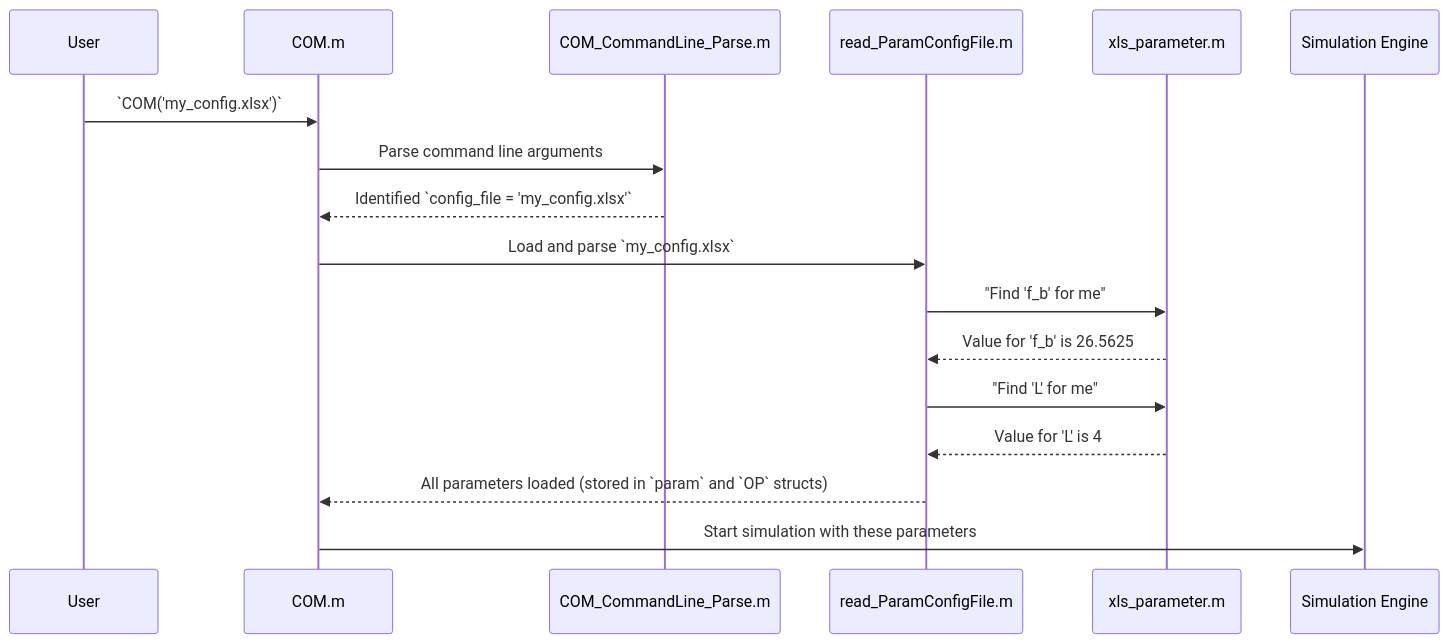
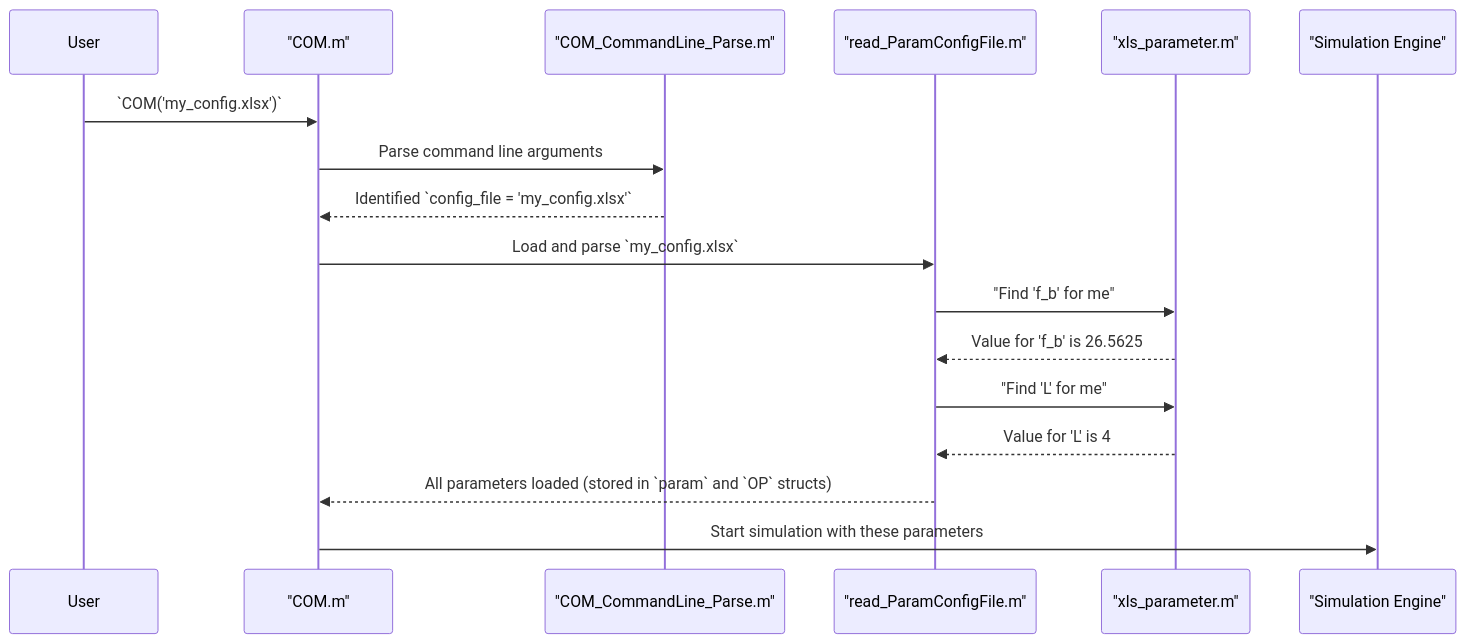
One commit to jueshi/PocketFlow-Tutorial-Codebase-Knowledge changed the diagram in output/com_code/01_com_configuration_and_parameter_management_.md. Above: the diagram before and after it, drawn with Mermaid. The commit also changed 282 other files, not shown here.

````diff
--- a/output/com_code/01_com_configuration_and_parameter_management_.md
+++ b/output/com_code/01_com_configuration_and_parameter_management_.md
@@ -61,20 +61,20 @@
 ```mermaid
 sequenceDiagram
     participant User
-    participant MainScript as COM.m
-    participant CmdLineParser as COM_CommandLine_Parse.m
-    participant ConfigReader as read_ParamConfigFile.m
-    participant XLS_Helper as xls_parameter.m
-    participant SimEngine as Simulation Engine
+    participant MainScript as "COM.m"
+    participant CmdLineParser as "COM_CommandLine_Parse.m"
+    participant ConfigReader as "read_ParamConfigFile.m"
+    participant XLS_Helper as "xls_parameter.m"
+    participant SimEngine as "Simulation Engine"
 
     User->>MainScript: `COM('my_config.xlsx')`
     MainScript->>CmdLineParser: Parse command line arguments
     CmdLineParser-->>MainScript: Identified `config_file = 'my_config.xlsx'`
     MainScript->>ConfigReader: Load and parse `my_config.xlsx`
     ConfigReader->>XLS_Helper: "Find 'f_b' for me"
     XLS_Helper-->>ConfigReader: Value for 'f_b' is 26.5625
     ConfigReader->>XLS_Helper: "Find 'L' for me"
     XLS_Helper-->>ConfigReader: Value for 'L' is 4
     ConfigReader-->>MainScript: All parameters loaded (stored in `param` and `OP` structs)
     MainScript->>SimEngine: Start simulation with these parameters
 ```
````
